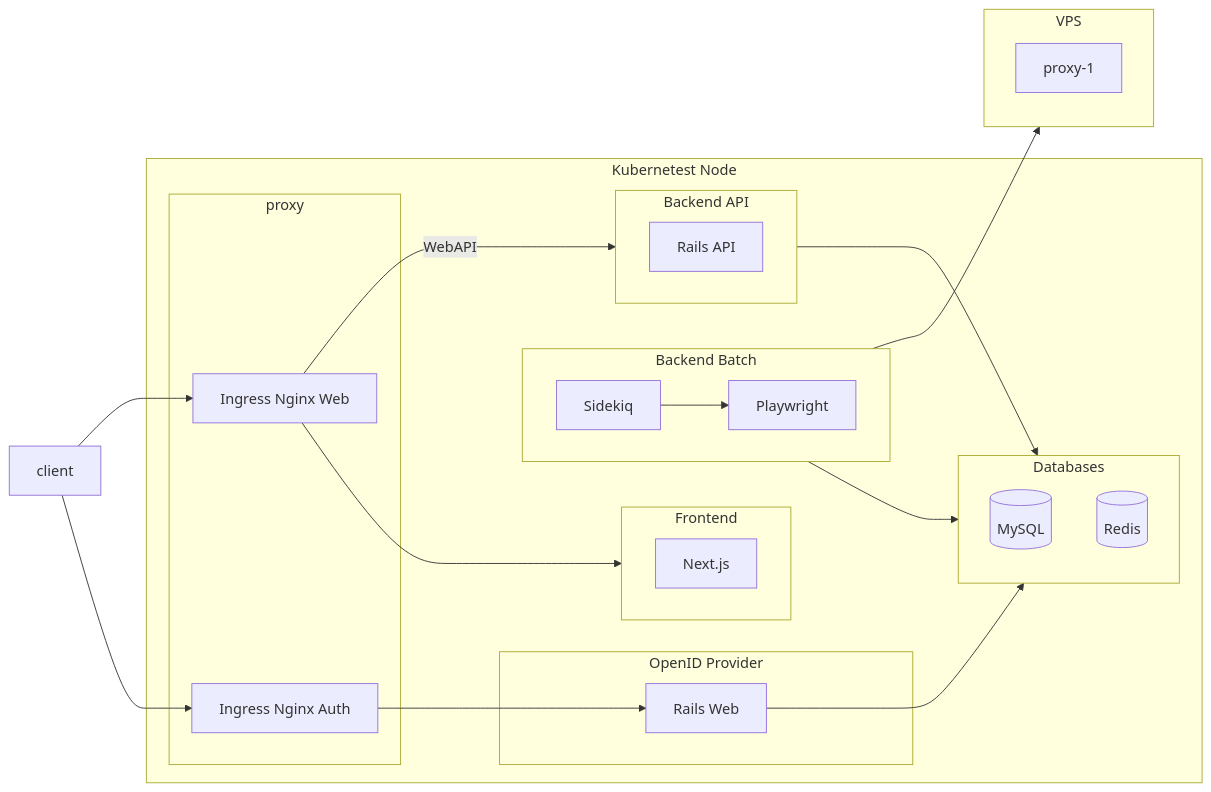
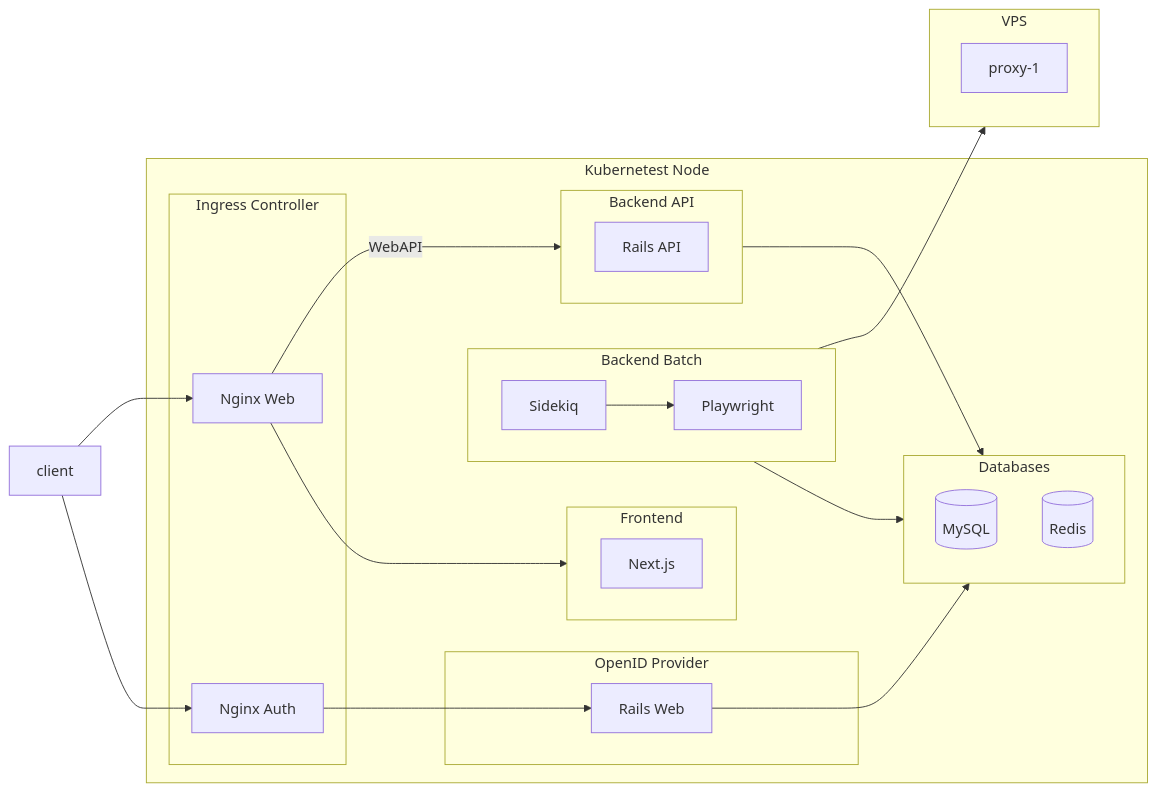
One commit to kuroweb/price-monitoring changed the second of 12 diagrams in README.md. Above: the diagram before and after it, drawn with Mermaid.

````diff
--- a/README.md
+++ b/README.md
@@ -87,49 +87,49 @@
   ```mermaid
   flowchart LR
   subgraph Kubernetest Node
-    subgraph proxy
-      nginx_web[Ingress Nginx Web]
-      nginx_auth[Ingress Nginx Auth]
+    subgraph Ingress Controller
+      nginx_web[Nginx Web]
+      nginx_auth[Nginx Auth]
     end
 
     subgraph Frontend
       direction LR
 
       Next.js
     end
 
     subgraph Backend API
       direction LR
 
       rails[Rails API]
     end
 
     subgraph Backend Batch
       direction LR
 
       sidekiq[Sidekiq]
       playwright[Playwright]
     end
 
     subgraph OpenID Provider
       rails_auth[Rails Web]
     end
 
     subgraph Databases
       mysql[(MySQL)]
       redis[(Redis)]
     end
   end
 
   subgraph VPS
     proxy-1
   end
 
   client-->nginx_web-->Next.js
   client-->nginx_auth-->rails_auth
   nginx_web--WebAPI-->rails
   sidekiq-->playwright-->VPS
   rails-->Databases
   rails_auth-->Databases
   sidekiq-->Databases
   ```
````
